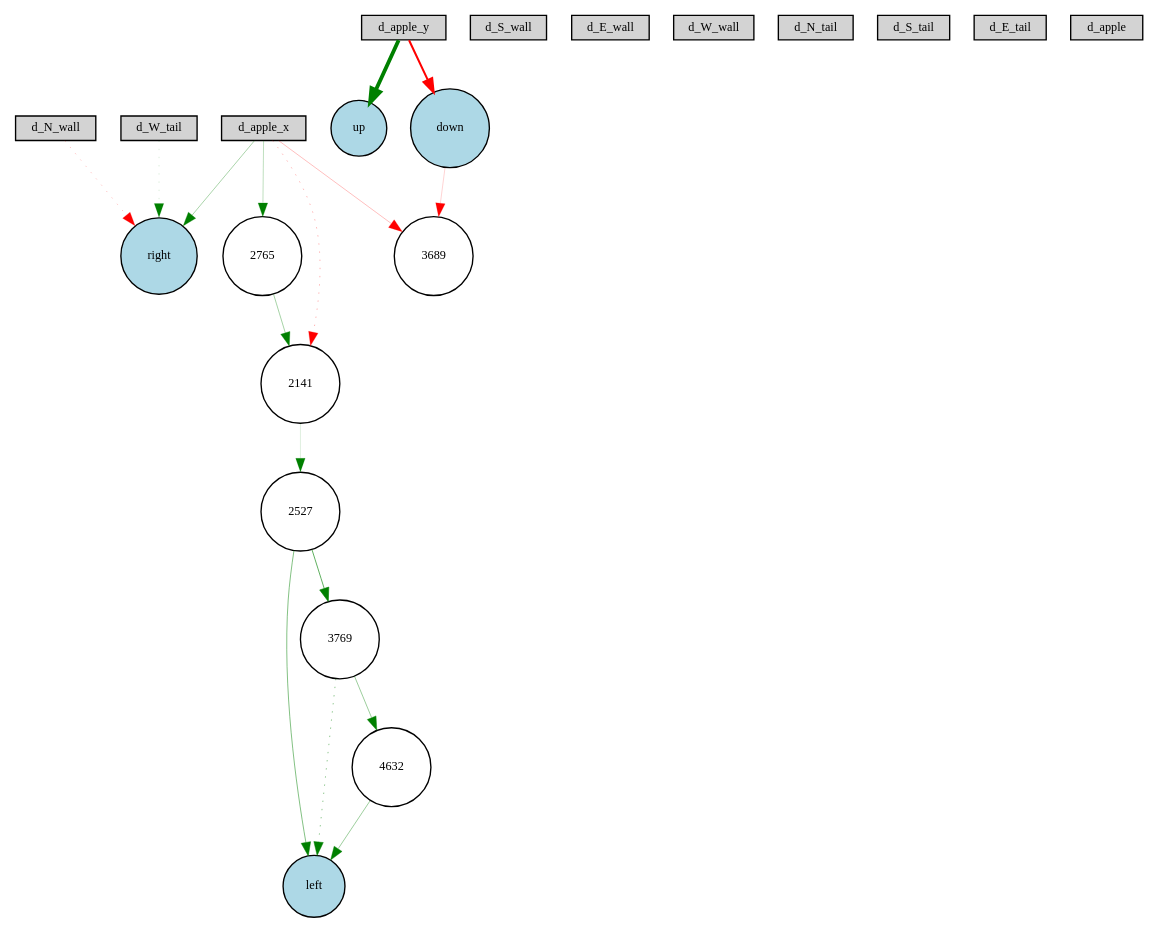
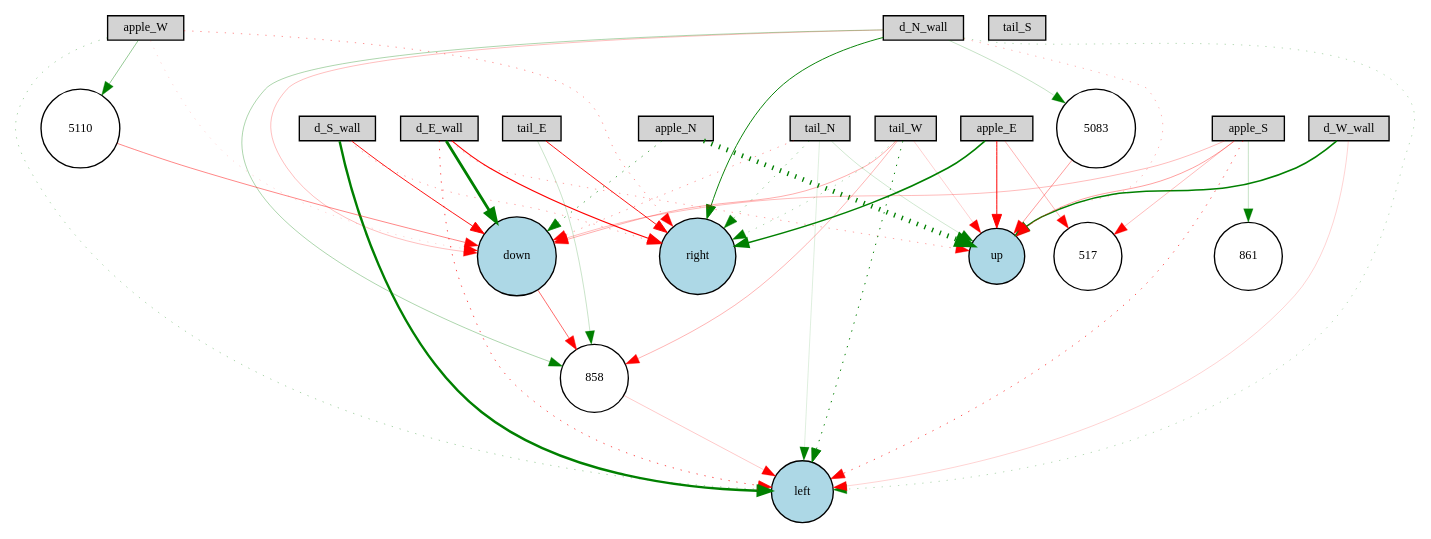
The diagram in winner-feedforward.gv (danielchang2002/5038W_Final), drawn with Graphviz before and after one commit. The commit also changed 10 other files, not shown here.

```diff
--- a/winner-feedforward.gv
+++ b/winner-feedforward.gv
@@ -1,40 +1,68 @@
 digraph {
 	node [fontsize=9 height=0.2 shape=circle width=0.2]
 	d_N_wall [fillcolor=lightgray shape=box style=filled]
 	d_S_wall [fillcolor=lightgray shape=box style=filled]
 	d_E_wall [fillcolor=lightgray shape=box style=filled]
 	d_W_wall [fillcolor=lightgray shape=box style=filled]
-	d_N_tail [fillcolor=lightgray shape=box style=filled]
-	d_S_tail [fillcolor=lightgray shape=box style=filled]
-	d_E_tail [fillcolor=lightgray shape=box style=filled]
-	d_W_tail [fillcolor=lightgray shape=box style=filled]
-	d_apple [fillcolor=lightgray shape=box style=filled]
-	d_apple_x [fillcolor=lightgray shape=box style=filled]
-	d_apple_y [fillcolor=lightgray shape=box style=filled]
+	tail_N [fillcolor=lightgray shape=box style=filled]
+	tail_S [fillcolor=lightgray shape=box style=filled]
+	tail_E [fillcolor=lightgray shape=box style=filled]
+	tail_W [fillcolor=lightgray shape=box style=filled]
+	apple_N [fillcolor=lightgray shape=box style=filled]
+	apple_S [fillcolor=lightgray shape=box style=filled]
+	apple_E [fillcolor=lightgray shape=box style=filled]
+	apple_W [fillcolor=lightgray shape=box style=filled]
 	up [fillcolor=lightblue style=filled]
 	left [fillcolor=lightblue style=filled]
 	down [fillcolor=lightblue style=filled]
 	right [fillcolor=lightblue style=filled]
-	3689 [fillcolor=white style=filled]
-	2765 [fillcolor=white style=filled]
-	4632 [fillcolor=white style=filled]
-	3769 [fillcolor=white style=filled]
-	2141 [fillcolor=white style=filled]
-	2527 [fillcolor=white style=filled]
-	d_apple_y -> up [color=green penwidth=2.845081470188471 style=solid]
-	d_apple_y -> down [color=red penwidth=1.500499787135789 style=solid]
-	d_apple_x -> right [color=green penwidth=0.25342660325125177 style=solid]
-	d_N_wall -> right [color=red penwidth=0.1723313331125505 style=dotted]
-	d_apple_x -> 2141 [color=red penwidth=0.2169759897028796 style=dotted]
-	d_W_tail -> right [color=green penwidth=0.10641935560489402 style=dotted]
-	2141 -> 2527 [color=green penwidth=0.10113000721923593 style=solid]
-	2527 -> left [color=green penwidth=0.35692245182139004 style=solid]
-	d_apple_x -> 2765 [color=green penwidth=0.1928213680437412 style=solid]
-	2765 -> 2141 [color=green penwidth=0.2551951206962727 style=solid]
-	d_apple_x -> 3689 [color=red penwidth=0.18793524686011753 style=solid]
-	2527 -> 3769 [color=green penwidth=0.4586689325158787 style=solid]
-	3769 -> left [color=green penwidth=0.3308772357353913 style=dotted]
-	3769 -> 4632 [color=green penwidth=0.2862993937396988 style=solid]
-	4632 -> left [color=green penwidth=0.2947190839447494 style=solid]
-	down -> 3689 [color=red penwidth=0.1320729070878608 style=solid]
+	517 [fillcolor=white style=filled]
+	5110 [fillcolor=white style=filled]
+	858 [fillcolor=white style=filled]
+	5083 [fillcolor=white style=filled]
+	861 [fillcolor=white style=filled]
+	d_N_wall -> up [color=red penwidth=0.2152505952646137 style=dotted]
+	d_N_wall -> left [color=green penwidth=0.208640150692506 style=dotted]
+	d_N_wall -> right [color=green penwidth=0.6984089570828553 style=solid]
+	d_S_wall -> left [color=green penwidth=1.781773318175599 style=solid]
+	d_S_wall -> down [color=red penwidth=0.6755325083686358 style=solid]
+	d_S_wall -> right [color=red penwidth=0.2576045300066243 style=dotted]
+	d_E_wall -> up [color=red penwidth=0.2715341699594603 style=dotted]
+	d_E_wall -> left [color=red penwidth=0.5070407312281044 style=dotted]
+	d_E_wall -> down [color=green penwidth=2.0733230559422626 style=solid]
+	d_E_wall -> right [color=red penwidth=0.826482596898038 style=solid]
+	d_W_wall -> up [color=green penwidth=1.1359169381646708 style=solid]
+	d_W_wall -> left [color=red penwidth=0.12589373658969616 style=solid]
+	tail_N -> up [color=green penwidth=0.14083866176074017 style=solid]
+	tail_N -> left [color=green penwidth=0.1035555708217305 style=solid]
+	tail_N -> down [color=red penwidth=0.28694224180273586 style=dotted]
+	tail_N -> right [color=green penwidth=0.3491044098315138 style=dotted]
+	tail_E -> right [color=red penwidth=0.6767340126382095 style=solid]
+	tail_W -> up [color=red penwidth=0.14394537051451994 style=solid]
+	tail_W -> left [color=green penwidth=0.728229622297711 style=dotted]
+	tail_W -> right [color=green penwidth=0.23957878107086167 style=dotted]
+	apple_N -> up [color=green penwidth=3.62408690711738 style=dotted]
+	apple_N -> down [color=green penwidth=0.5155561617594476 style=dotted]
+	apple_S -> up [color=red penwidth=0.2832532551164054 style=solid]
+	apple_S -> left [color=red penwidth=0.4911372083433283 style=dotted]
+	apple_S -> down [color=red penwidth=0.2031860461826685 style=solid]
+	apple_E -> right [color=green penwidth=1.1612741347339668 style=solid]
+	apple_W -> left [color=green penwidth=0.25459514761092655 style=dotted]
+	apple_W -> down [color=red penwidth=0.12094521513574487 style=dotted]
+	apple_W -> right [color=red penwidth=0.3057698500738606 style=dotted]
+	apple_S -> 517 [color=red penwidth=0.2002154311817852 style=solid]
+	tail_E -> 858 [color=green penwidth=0.1568687331314902 style=solid]
+	858 -> left [color=red penwidth=0.1639844389477602 style=solid]
+	apple_S -> 861 [color=green penwidth=0.17392672173892898 style=solid]
+	tail_W -> 858 [color=red penwidth=0.21553100574754752 style=solid]
+	apple_E -> up [color=red penwidth=0.7323686188450534 style=solid]
+	d_N_wall -> 858 [color=green penwidth=0.24296041244076774 style=solid]
+	tail_W -> down [color=red penwidth=0.23676404668647266 style=solid]
+	apple_E -> 517 [color=red penwidth=0.21851688680420484 style=solid]
+	d_N_wall -> down [color=red penwidth=0.19341717147368717 style=solid]
+	d_N_wall -> 5083 [color=green penwidth=0.1654547226066001 style=solid]
+	5083 -> up [color=red penwidth=0.28722497751468024 style=solid]
+	down -> 858 [color=red penwidth=0.4345171580363951 style=solid]
+	apple_W -> 5110 [color=green penwidth=0.3055618803906256 style=solid]
+	5110 -> down [color=red penwidth=0.3511337636191003 style=solid]
 }
```
